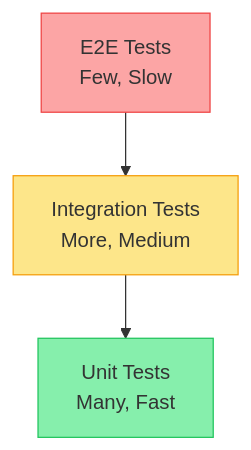
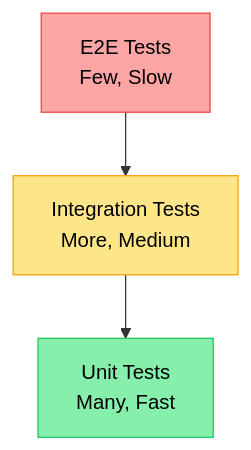
Diagram 12 of 12 in docs/ARCHITECTURE_GUIDE.md (ariam711/fastify-clean-arch-api-todolist), drawn with Mermaid before and after one commit. The commit also changed other lines of this file and 1 other file, not shown here.

````diff
--- a/docs/ARCHITECTURE_GUIDE.md
+++ b/docs/ARCHITECTURE_GUIDE.md
@@ -1091,13 +1921,13 @@
 ```mermaid
 graph TB
     E2E[E2E Tests<br/>Few, Slow]
     Integration[Integration Tests<br/>More, Medium]
     Unit[Unit Tests<br/>Many, Fast]
     
     E2E --> Integration
     Integration --> Unit
     
-    style E2E fill:#fca5a5,stroke:#ef4444
-    style Integration fill:#fde68a,stroke:#f59e0b
-    style Unit fill:#86efac,stroke:#22c55e
+    style E2E fill:#fca5a5,stroke:#ef4444,color:#000
+    style Integration fill:#fde68a,stroke:#f59e0b,color:#000
+    style Unit fill:#86efac,stroke:#22c55e,color:#000
 ```
````
